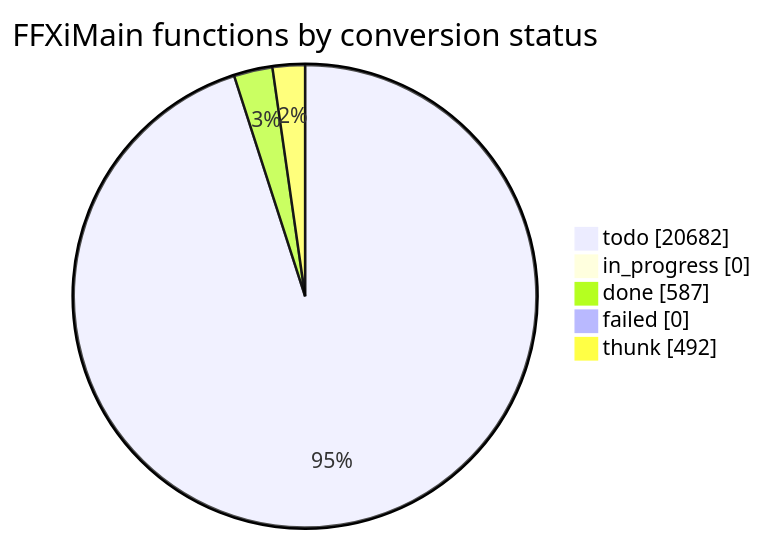
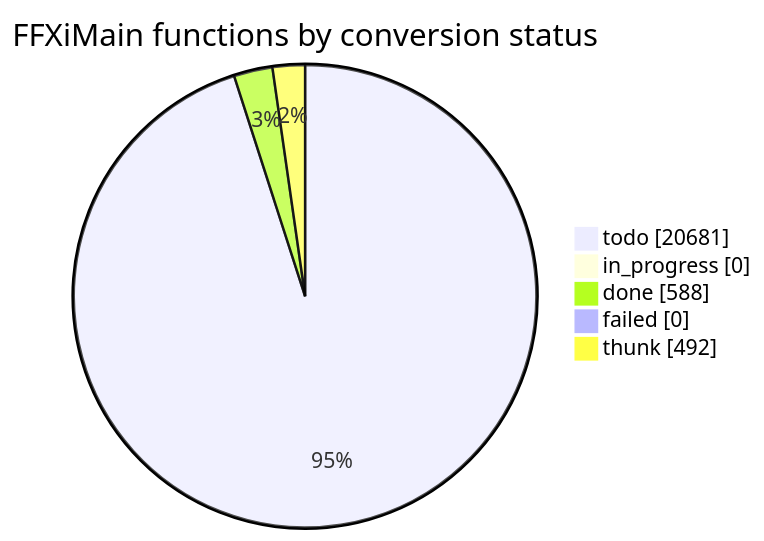
Before and after one commit to cowrevenge/cow_kuluu_xi_anything: the diagram in docs/cow/STATUS.md, drawn with Mermaid. The commit also changed other lines of this file and 9 other files, not shown here.

````diff
--- a/docs/cow/STATUS.md
+++ b/docs/cow/STATUS.md
@@ -18,9 +18,9 @@
 ```mermaid
 pie showData
     title FFXiMain functions by conversion status
-    "todo" : 20682
+    "todo" : 20681
     "in_progress" : 0
-    "done" : 587
+    "done" : 588
     "failed" : 0
     "thunk" : 492
 ```
````
